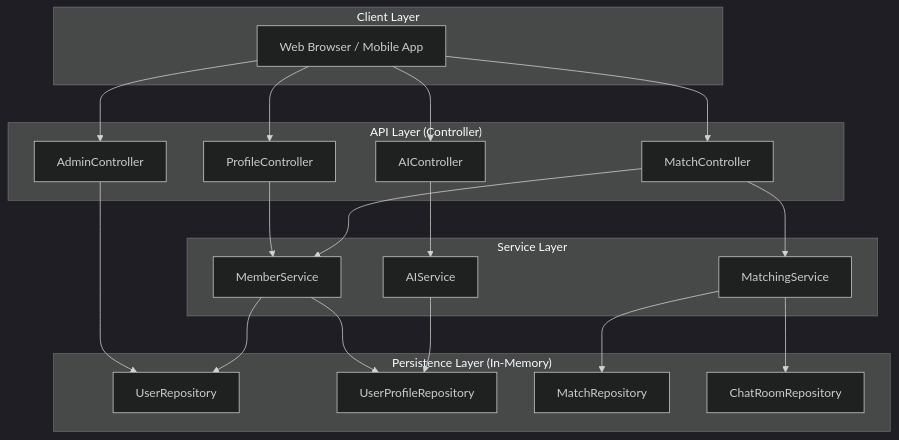
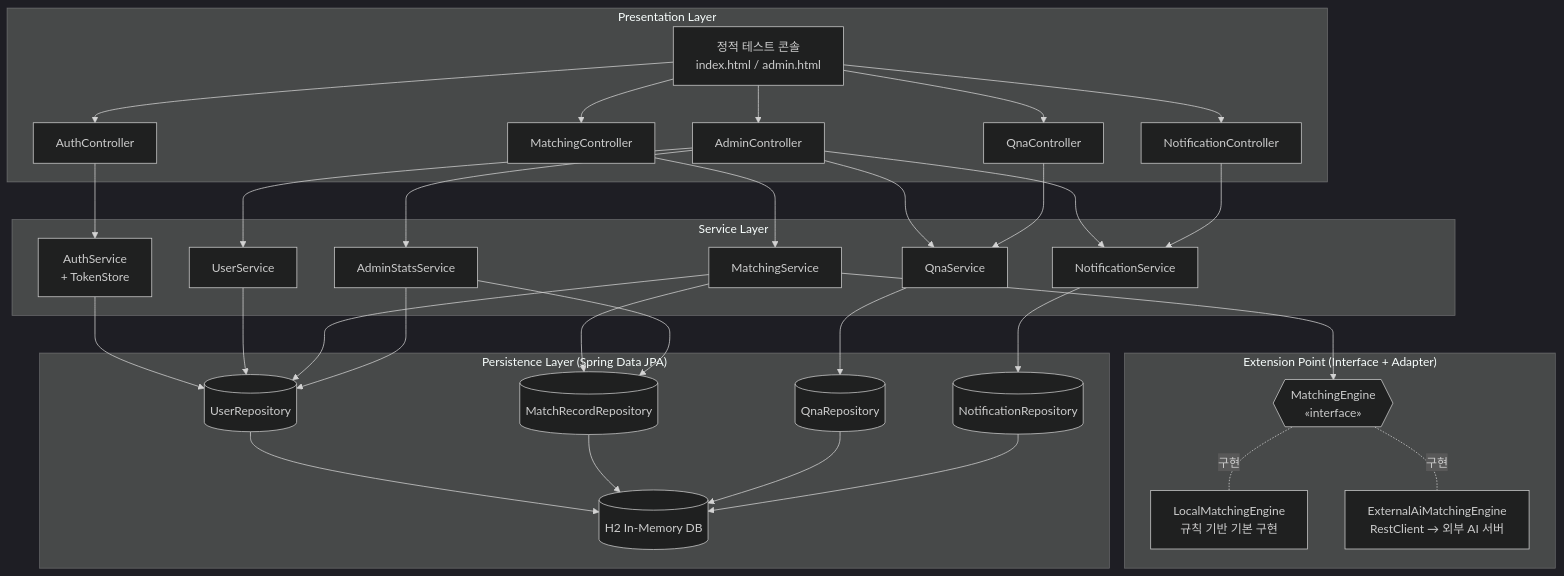
One commit to hello-pebble/MatchSimulation changed the first of 3 diagrams in docs/architecture.md. Above: the diagram before and after it, drawn with Mermaid (dark theme). The commit also changed other lines of this file and 66 other files, not shown here.

First line of the commit message:
Rebuild matching app on Spring Boot 4.1 / Java 21 with H2 and admin mode

````diff
--- a/docs/architecture.md
+++ b/docs/architecture.md
@@ -9,43 +25,50 @@
 ```mermaid
 graph TD
-    subgraph "Client Layer"
-        Web[Web Browser / Mobile App]
-    end
-
-    subgraph "API Layer (Controller)"
-        PC[ProfileController]
-        AC[AIController]
-        MC[MatchController]
+    subgraph "Presentation Layer"
+        FE[정적 테스트 콘솔<br/>index.html / admin.html]
+        AUC[AuthController]
+        MC[MatchingController]
+        QC[QnaController]
+        NC[NotificationController]
         ADC[AdminController]
     end
 
     subgraph "Service Layer"
-        MS[MemberService]
-        AS[AIService]
-        MTS[MatchingService]
+        AUS[AuthService<br/>+ TokenStore]
+        US[UserService]
+        MS[MatchingService]
+        QS[QnaService]
+        NS[NotificationService]
+        SS[AdminStatsService]
     end
 
-    subgraph "Persistence Layer (In-Memory)"
-        UR[UserRepository]
-        UPR[UserProfileRepository]
-        MR[MatchRepository]
-        CRR[ChatRoomRepository]
+    subgraph "Extension Point (Interface + Adapter)"
+        ME{{MatchingEngine<br/>«interface»}}
+        LME[LocalMatchingEngine<br/>규칙 기반 기본 구현]
+        XME[ExternalAiMatchingEngine<br/>RestClient → 외부 AI 서버]
     end
 
-    Web --> PC
-    Web --> AC
-    Web --> MC
-    Web --> ADC
+    subgraph "Persistence Layer (Spring Data JPA)"
+        UR[(UserRepository)]
+        MR[(MatchRecordRepository)]
+        QR[(QnaRepository)]
+        NR[(NotificationRepository)]
+        H2[(H2 In-Memory DB)]
+    end
 
-    PC --> MS
-    AC --> AS
-    MC --> MTS
+    FE --> AUC & MC & QC & NC & ADC
+    AUC --> AUS
+    ADC --> US & QS & NS & SS
     MC --> MS
-    ADC --> UR
-
-    MS --> UR
-    MS --> UPR
-    AS --> UPR
-    MTS --> MR
-    MTS --> CRR
+    QC --> QS
+    NC --> NS
+    MS --> ME
+    ME -.구현.- LME
+    ME -.구현.- XME
+    AUS & US --> UR
+    MS --> UR & MR
+    QS --> QR
+    NS --> NR
+    SS --> MR & UR
+    UR & MR & QR & NR --> H2
 ```
````
